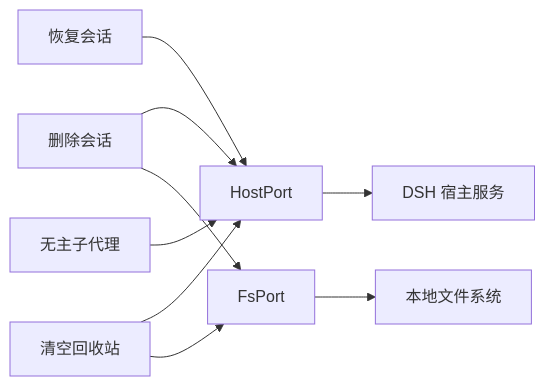
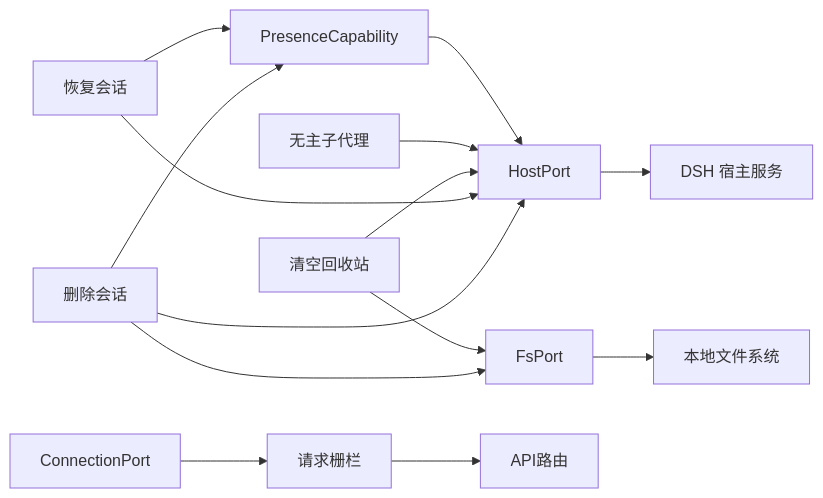
Before and after one commit to xrn1997/dsh-session-delete: the sixth of 6 diagrams in .qoder/repowiki/zh/content/端口适配与宿主集成.md, drawn with Mermaid. The commit also changed other lines of this file and 36 other files, not shown here.

````diff
--- a/.qoder/repowiki/zh/content/端口适配与宿主集成.md
+++ b/.qoder/repowiki/zh/content/端口适配与宿主集成.md
@@ -329,12 +424,18 @@
 ```mermaid
 graph LR
   Delete["删除会话"] --> Host["HostPort"]
   Delete --> File["FsPort"]
+  Delete --> Presence["PresenceCapability"]
   Restore["恢复会话"] --> Host
+  Restore --> Presence
   Purge["清空回收站"] --> Host
   Purge --> File
   Orphans["无主子代理"] --> Host
 
   Host --> DSH["DSH 宿主服务"]
   File --> Disk["本地文件系统"]
+  Presence --> Host
+
+  Connection["ConnectionPort"] --> RequestTrust["请求栅栏"]
+  RequestTrust --> API["API路由"]
 ```
````
